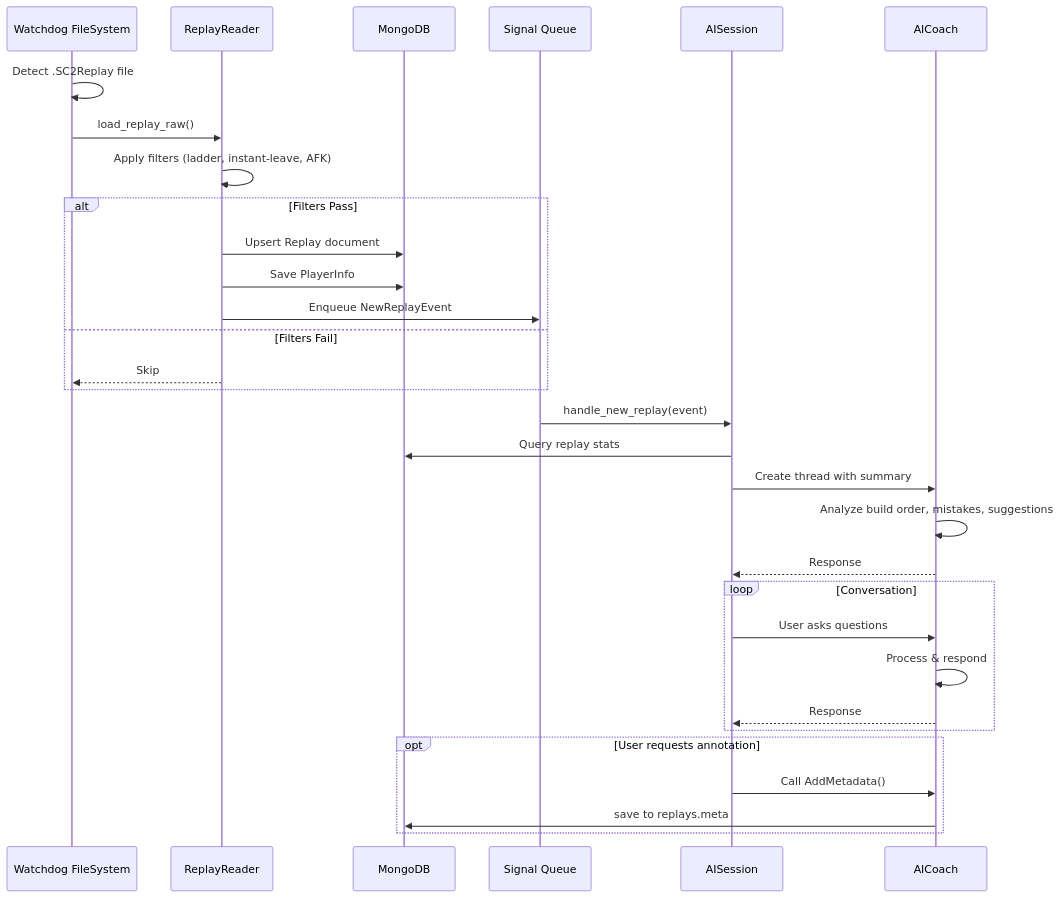
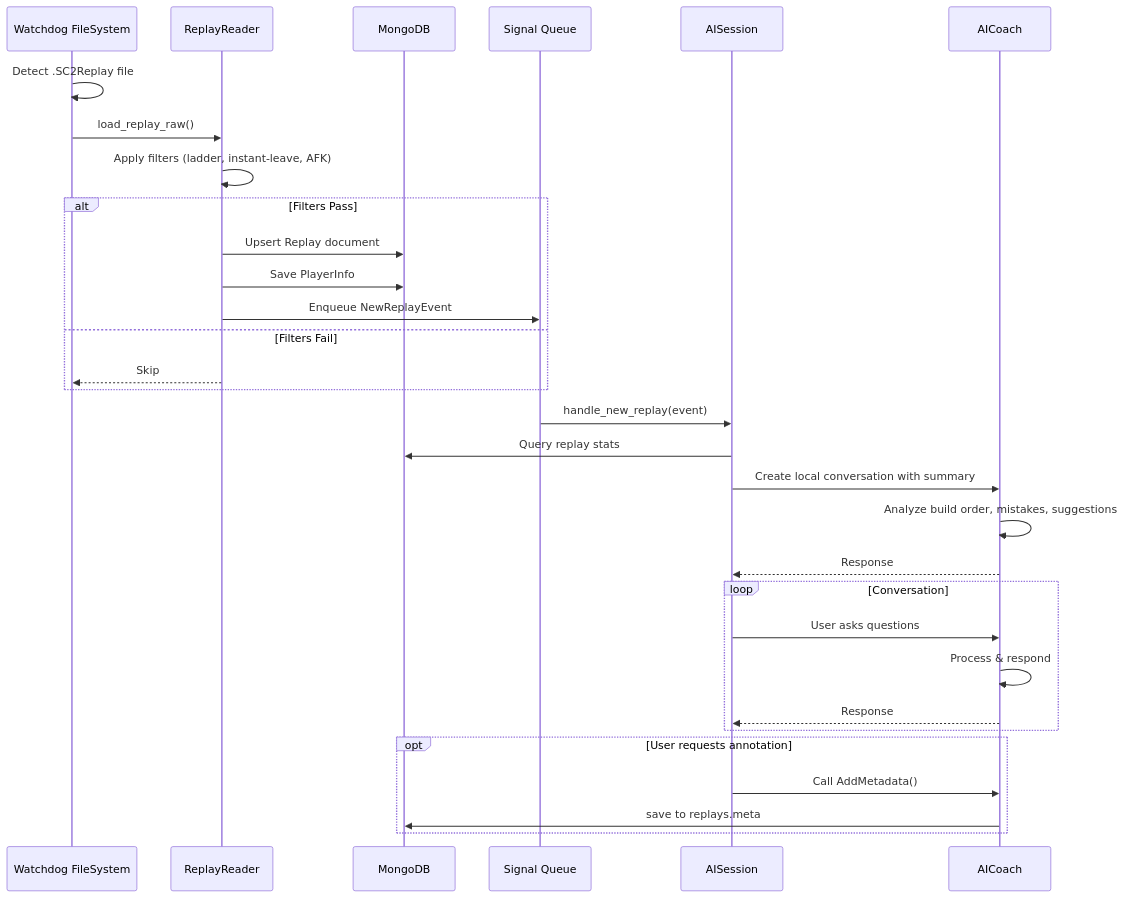
One commit to manuelseeger/sc2-ai-coach changed the sixth of 7 diagrams in spec/architecture.md. Above: the diagram before and after it, drawn with Mermaid. The commit also changed other lines of this file and 33 other files, not shown here.

````diff
--- a/spec/architecture.md
+++ b/spec/architecture.md
@@ -485,39 +486,39 @@
 ```mermaid
 sequenceDiagram
     participant Watchdog as Watchdog FileSystem
     participant Reader as ReplayReader
     participant DB as MongoDB
     participant Queue as Signal Queue
     participant Session as AISession
     participant LLM as AICoach
     
     Watchdog->>Watchdog: Detect .SC2Replay file
     Watchdog->>Reader: load_replay_raw()
     Reader->>Reader: Apply filters (ladder, instant-leave, AFK)
     
     alt Filters Pass
         Reader->>DB: Upsert Replay document
         Reader->>DB: Save PlayerInfo
         Reader->>Queue: Enqueue NewReplayEvent
     else Filters Fail
         Reader-->>Watchdog: Skip
     end
     
     Queue->>Session: handle_new_replay(event)
     Session->>DB: Query replay stats
-    Session->>LLM: Create thread with summary
+    Session->>LLM: Create local conversation with summary
     
     LLM->>LLM: Analyze build order, mistakes, suggestions
     LLM-->>Session: Response
     
     loop Conversation
         Session->>LLM: User asks questions
         LLM->>LLM: Process & respond
         LLM-->>Session: Response
     end
     
     opt User requests annotation
         Session->>LLM: Call AddMetadata()
         LLM->>DB: save to replays.meta
     end
 ```
````
